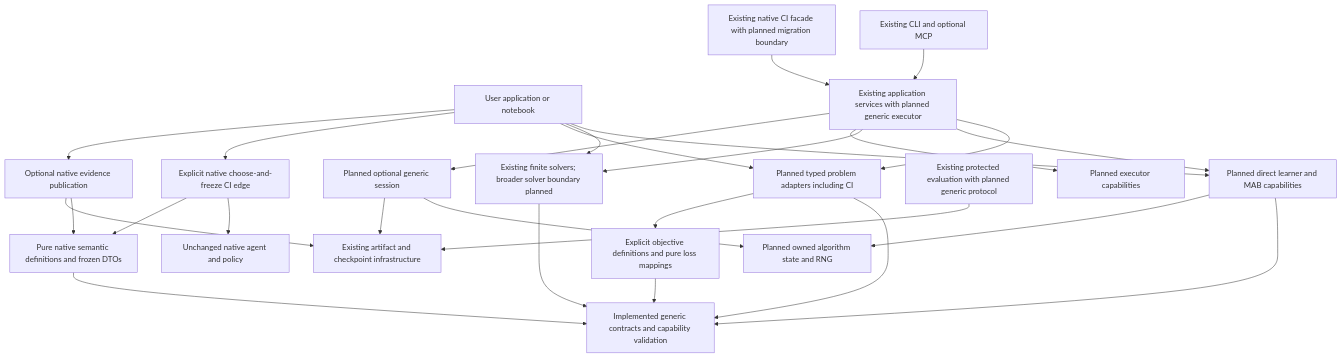
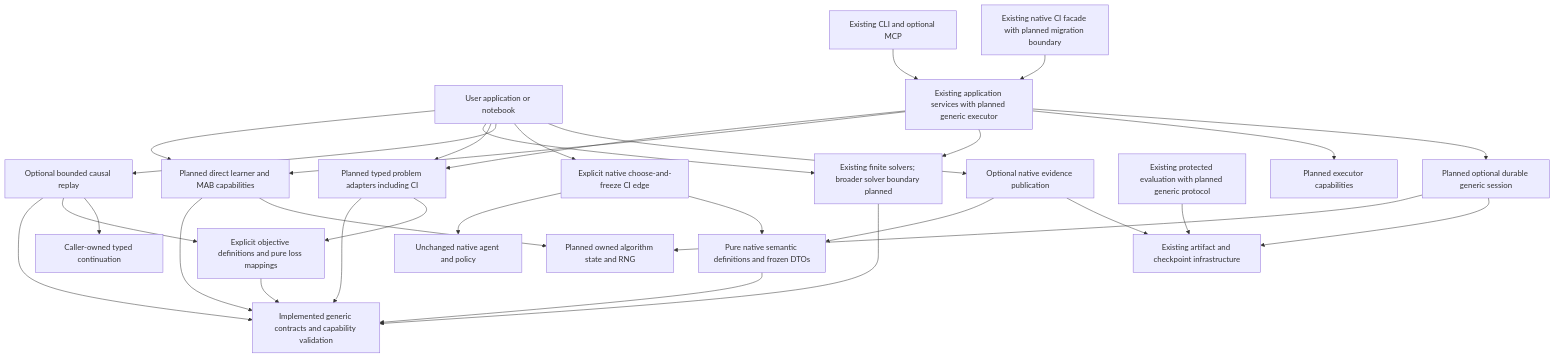
One commit to jacksonpradolima/coleman changed the first of 5 diagrams in docs/v5-architecture.md. Above: the diagram before and after it, drawn with Mermaid. The commit also changed other lines of this file and 34 other files, not shown here.

Commit message:
feat(replay): add causal event replay with explicit receipt and maturity

````diff
--- a/docs/v5-architecture.md
+++ b/docs/v5-architecture.md
@@ -87,29 +91,33 @@
 ```mermaid
 flowchart TD
     Host[User application or notebook] --> DirectLearner[Planned direct learner and MAB capabilities]
     Host --> DirectSolver[Existing finite solvers; broader solver boundary planned]
     Host --> Problem[Planned typed problem adapters including CI]
+    Host --> Replay[Optional bounded causal replay]
+    Replay --> Contracts
+    Replay --> Objectives
+    Replay --> Continuation[Caller-owned typed continuation]
     Problem --> Contracts[Implemented generic contracts and capability validation]
     Problem --> Objectives[Explicit objective definitions and pure loss mappings]
     Objectives --> Contracts
     DirectLearner --> Contracts
     DirectSolver --> Contracts
     DirectLearner --> State[Planned owned algorithm state and RNG]
     Service[Existing application services with planned generic executor] --> Problem
     Service --> DirectLearner
     Service --> DirectSolver
     Service --> Execution[Planned executor capabilities]
-    Service --> Session[Planned optional generic session]
+    Service --> Session[Planned optional durable generic session]
     Session --> State
     Session --> Storage[Existing artifact and checkpoint infrastructure]
     Evidence[Existing protected evaluation with planned generic protocol] --> Storage
     Transport[Existing CLI and optional MCP] --> Service
     Legacy[Existing native CI facade with planned migration boundary] --> Service
     Host --> NativeCapture[Explicit native choose-and-freeze CI edge]
     NativeCapture --> NativeRuntime[Unchanged native agent and policy]
     NativeCapture --> NativeDefinitions[Pure native semantic definitions and frozen DTOs]
     NativeDefinitions --> Contracts
     Host --> NativePublication[Optional native evidence publication]
     NativePublication --> NativeDefinitions
     NativePublication --> Storage
 ```
````
